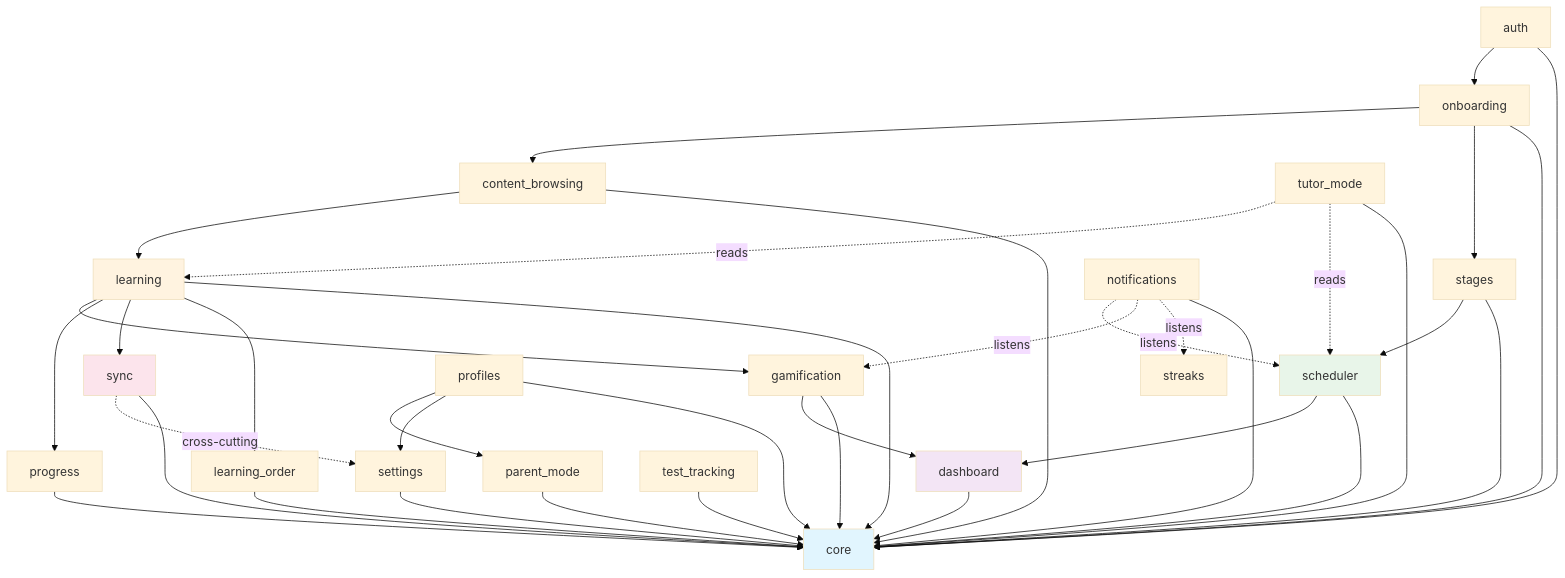
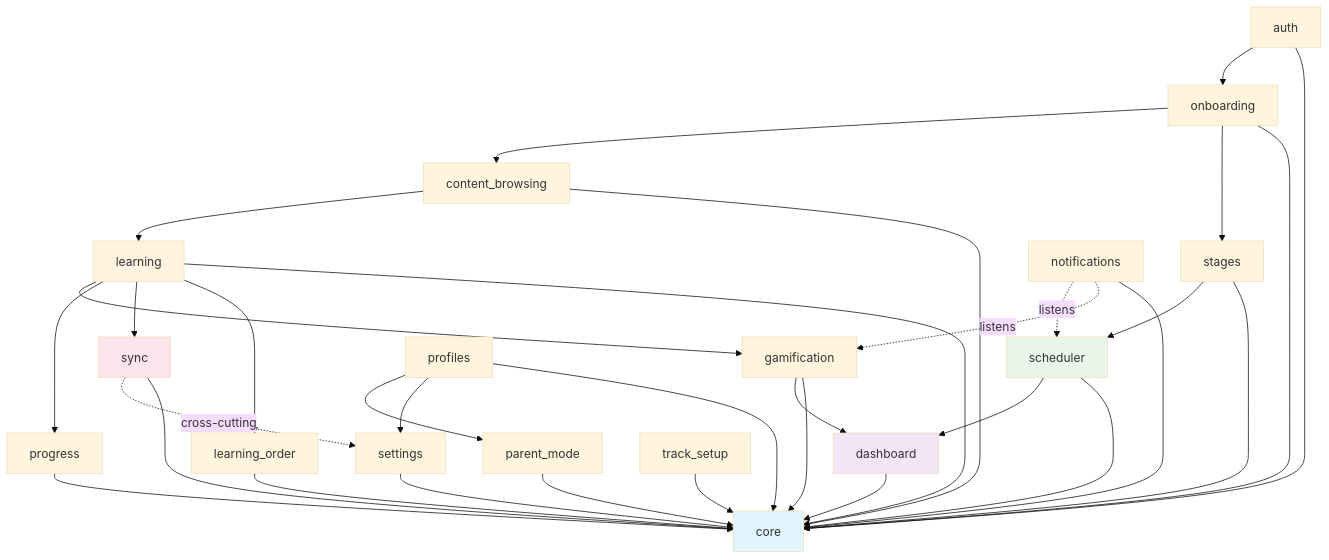
Before and after one commit to dniasoff/learning-tracker: the second of 4 diagrams in docs/architecture.md, drawn with Mermaid (base theme). The commit also changed other lines of this file and 2 other files, not shown here.

Commit message:
docs(DNI-391): rewrite architecture.md to match rebuild reality + gen_arch_tables tool (27.15)

````diff
--- a/docs/architecture.md
+++ b/docs/architecture.md
@@ -183,54 +235,49 @@
 ```mermaid
 graph TD
     core["core"]
 
     auth --> onboarding
     onboarding --> content_browsing
     onboarding --> stages
 
     content_browsing --> learning
     learning --> gamification
     learning --> progress
     learning --> sync
     learning --> learning_order
 
     stages --> scheduler
     scheduler --> dashboard
     gamification --> dashboard
 
     profiles --> parent_mode
     profiles --> settings
 
     notifications -. listens .-> scheduler
     notifications -. listens .-> gamification
-    notifications -. listens .-> streaks
-
-    tutor_mode -. reads .-> learning
-    tutor_mode -. reads .-> scheduler
 
     sync -. cross-cutting .-> settings
 
     auth --> core
     onboarding --> core
     content_browsing --> core
     learning --> core
     gamification --> core
     progress --> core
     scheduler --> core
     dashboard --> core
     profiles --> core
     parent_mode --> core
     settings --> core
     stages --> core
     sync --> core
     notifications --> core
-    tutor_mode --> core
     learning_order --> core
-    test_tracking --> core
+    track_setup --> core
 
     style core fill:#e1f5fe
     style learning fill:#fff3e0
     style sync fill:#fce4ec
     style scheduler fill:#e8f5e9
     style dashboard fill:#f3e5f5
 ```
````
